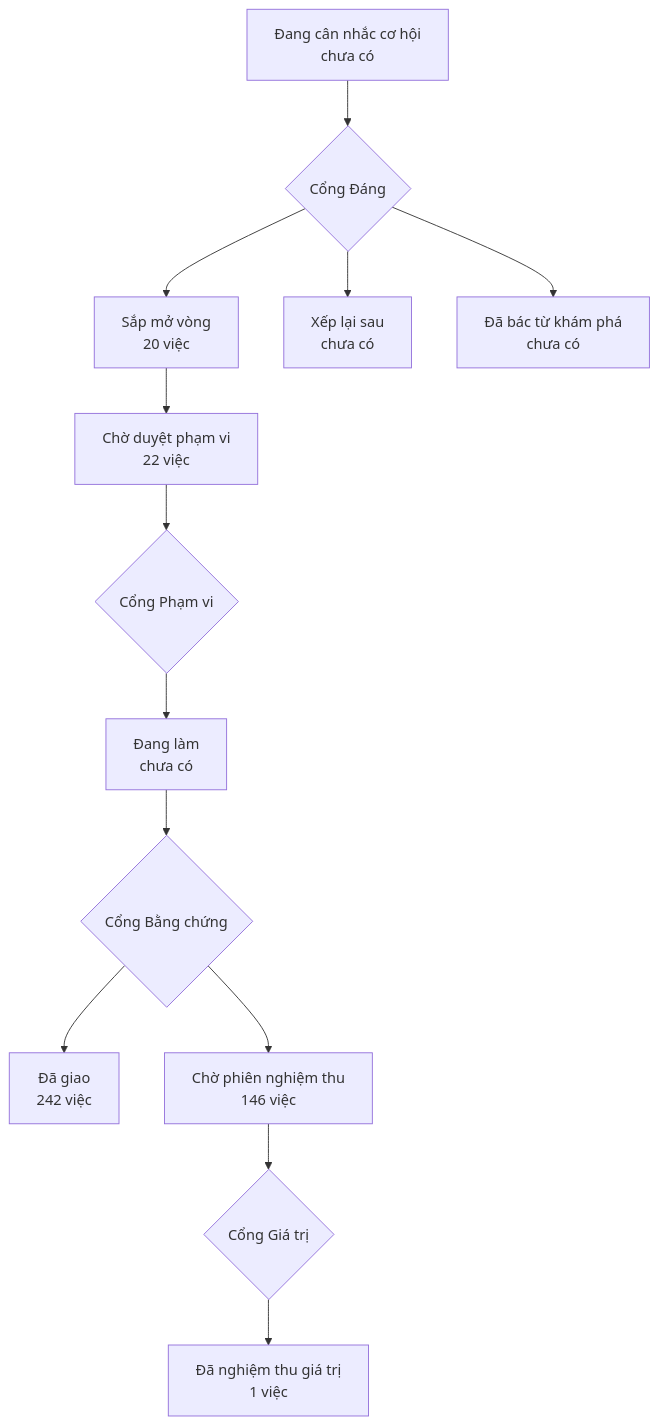
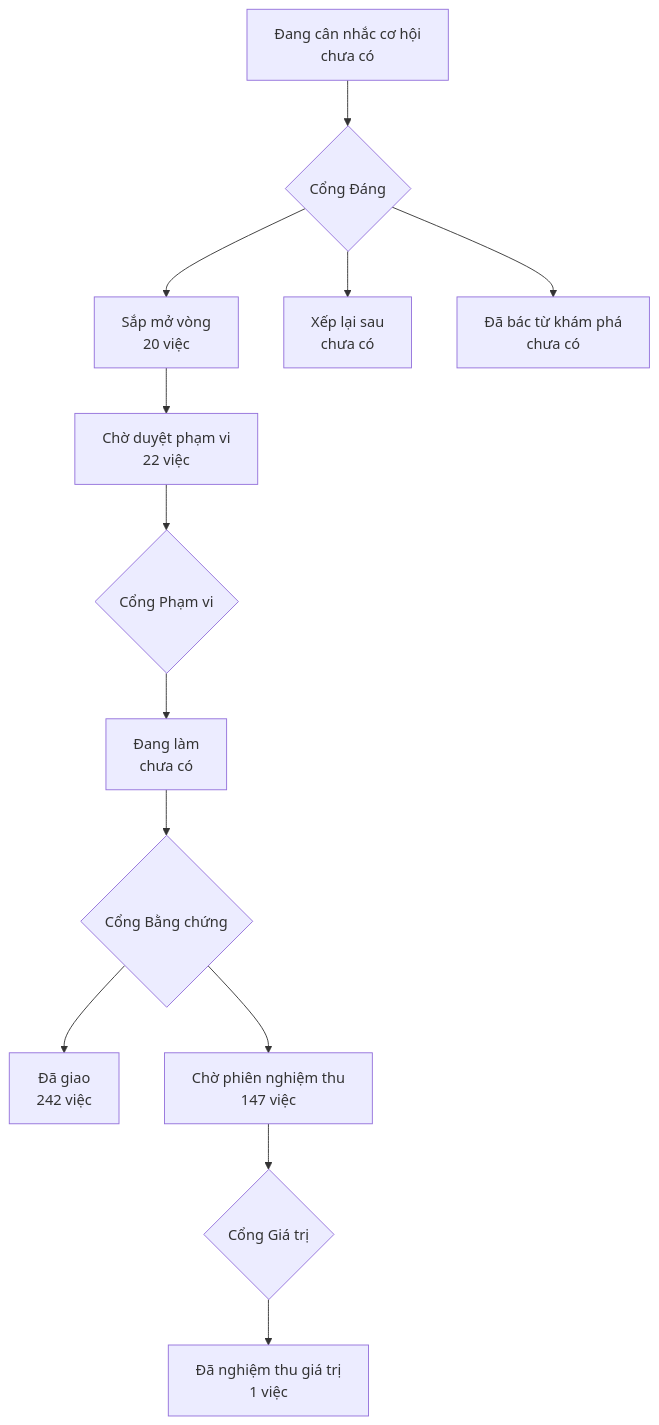
One commit to phanlemanh/onehub-invest changed the diagram in PRODUCT-MAP.md. Above: the diagram before and after it, drawn with Mermaid. The commit also changed other lines of this file and 25 other files, not shown here.

````diff
--- a/PRODUCT-MAP.md
+++ b/PRODUCT-MAP.md
@@ -7,12 +7,12 @@
 ```mermaid
 flowchart TD
   A["Đang cân nhắc cơ hội<br/>chưa có"] --> GD{"Cổng Đáng"}
   GD --> B["Sắp mở vòng<br/>20 việc"]
   GD --> XL["Xếp lại sau<br/>chưa có"]
   GD --> DB["Đã bác từ khám phá<br/>chưa có"]
   B --> CD["Chờ duyệt phạm vi<br/>22 việc"] --> GP{"Cổng Phạm vi"}
   GP --> DL["Đang làm<br/>chưa có"] --> GB{"Cổng Bằng chứng"}
   GB --> DG["Đã giao<br/>242 việc"]
-  GB --> CN["Chờ phiên nghiệm thu<br/>146 việc"] --> GG{"Cổng Giá trị"}
+  GB --> CN["Chờ phiên nghiệm thu<br/>147 việc"] --> GG{"Cổng Giá trị"}
   GG --> NT["Đã nghiệm thu giá trị<br/>1 việc"]
 ```
````
